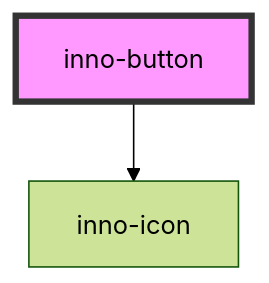
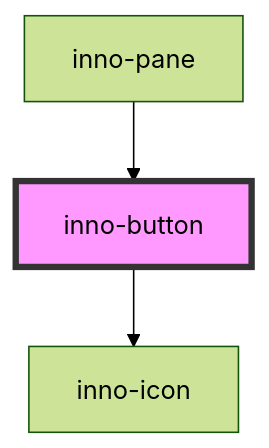
The diagram in packages/stencil-lib/src/components/inno-button/readme.md (innomotics/brand-experience), drawn with Mermaid (forest theme) before and after one commit. The commit also changed other lines of this file and 17 other files, not shown here.

````diff
--- a/packages/stencil-lib/src/components/inno-button/readme.md
+++ b/packages/stencil-lib/src/components/inno-button/readme.md
@@ -55,5 +59,6 @@
 ```mermaid
 graph TD;
   inno-button --> inno-icon
+  inno-pane --> inno-button
   style inno-button fill:#f9f,stroke:#333,stroke-width:4px
 ```
````
